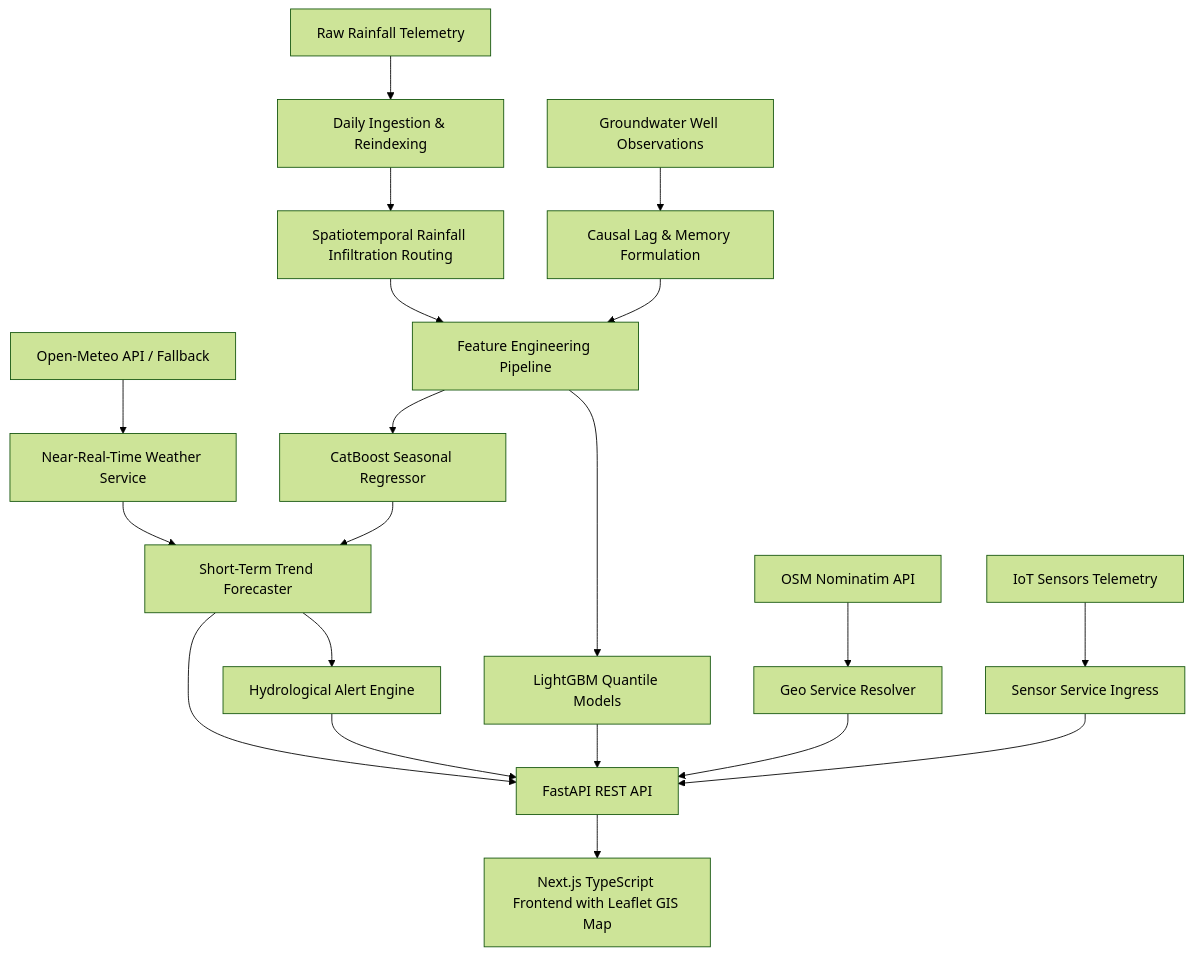
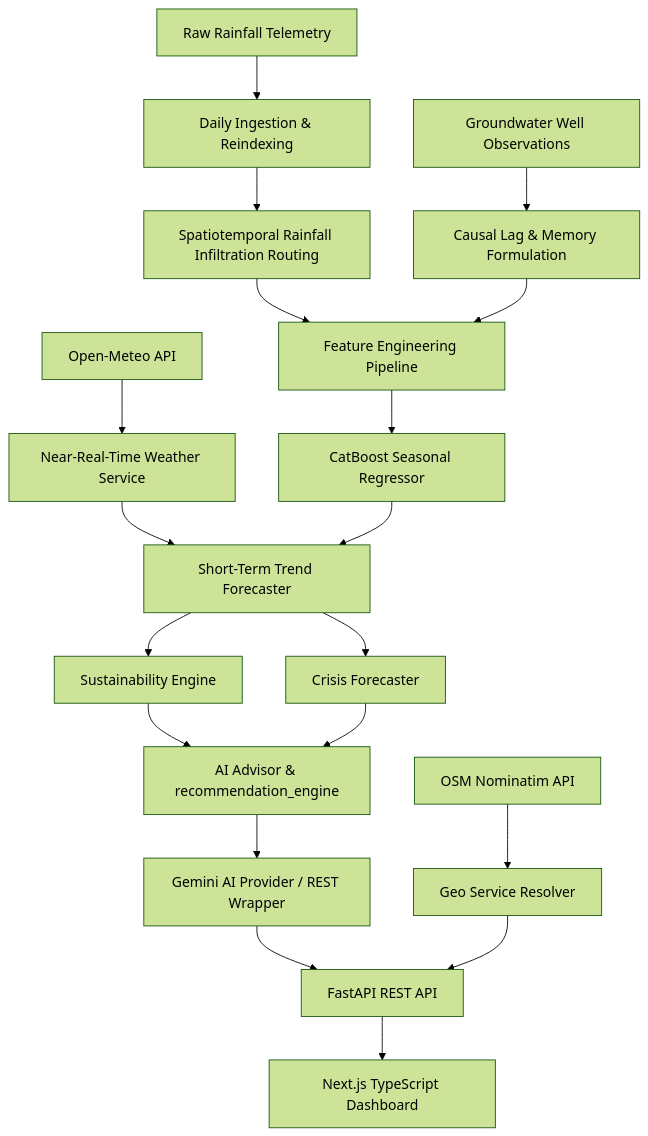
Before and after one commit to AbhiramaMekala/NEERA: the diagram in README.md, drawn with Mermaid (forest theme). The commit also changed other lines of this file and 1 other file, not shown here.

````diff
--- a/README.md
+++ b/README.md
@@ -11,26 +11,28 @@
 ```mermaid
 graph TD
     A[Raw Rainfall Telemetry] --> B[Daily Ingestion & Reindexing]
     B --> C[Spatiotemporal Rainfall Infiltration Routing]
     D[Groundwater Well Observations] --> E[Causal Lag & Memory Formulation]
     C --> F[Feature Engineering Pipeline]
     E --> F
     F --> G[CatBoost Seasonal Regressor]
-    F --> H[LightGBM Quantile Models]
     
-    I[Open-Meteo API / Fallback] --> J[Near-Real-Time Weather Service]
+    I[Open-Meteo API] --> J[Near-Real-Time Weather Service]
     J --> K[Short-Term Trend Forecaster]
     G --> K
-    K --> L[Hydrological Alert Engine]
     
-    O[OSM Nominatim API] --> P[Geo Service Resolver]
-    Q[IoT Sensors Telemetry] --> R[Sensor Service Ingress]
+    %% Sustainability Overlay
+    K --> L[Sustainability Engine]
+    K --> M[Crisis Forecaster]
     
-    K --> M[FastAPI REST API]
-    L --> M
-    H --> M
-    P --> M
-    R --> M
+    L --> N[AI Advisor & recommendation_engine]
+    M --> N
+    N --> O[Gemini AI Provider / REST Wrapper]
     
-    M --> N[Next.js TypeScript Frontend with Leaflet GIS Map]
+    P[OSM Nominatim API] --> Q[Geo Service Resolver]
+    
+    O --> R[FastAPI REST API]
+    Q --> R
+    
+    R --> S[Next.js TypeScript Dashboard]
 ```
````
